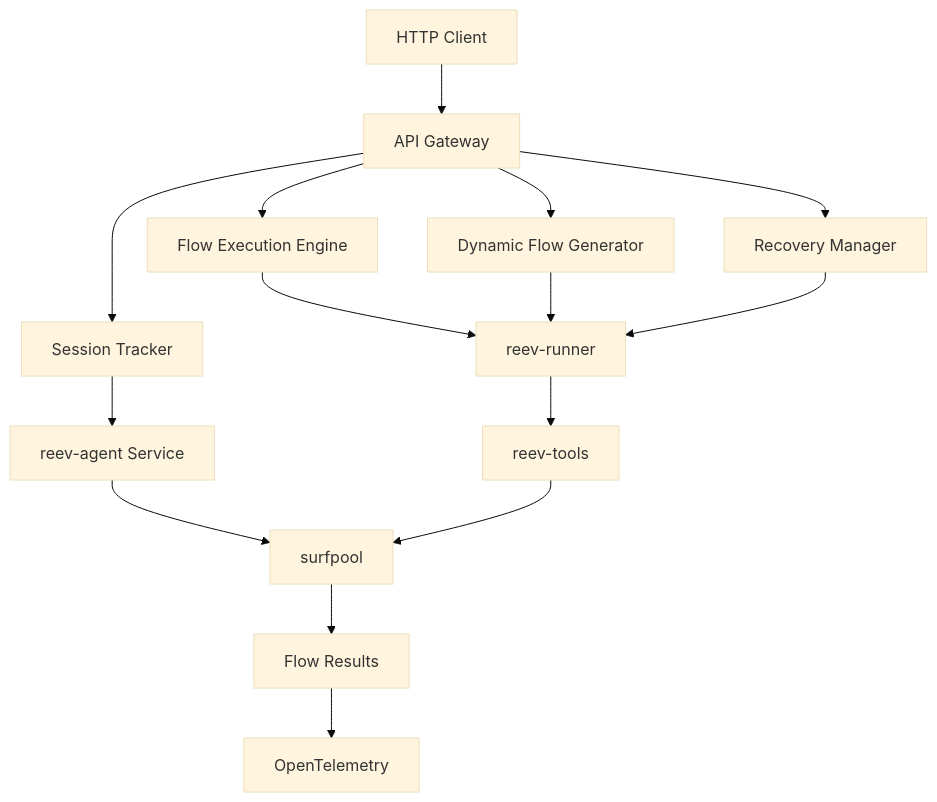
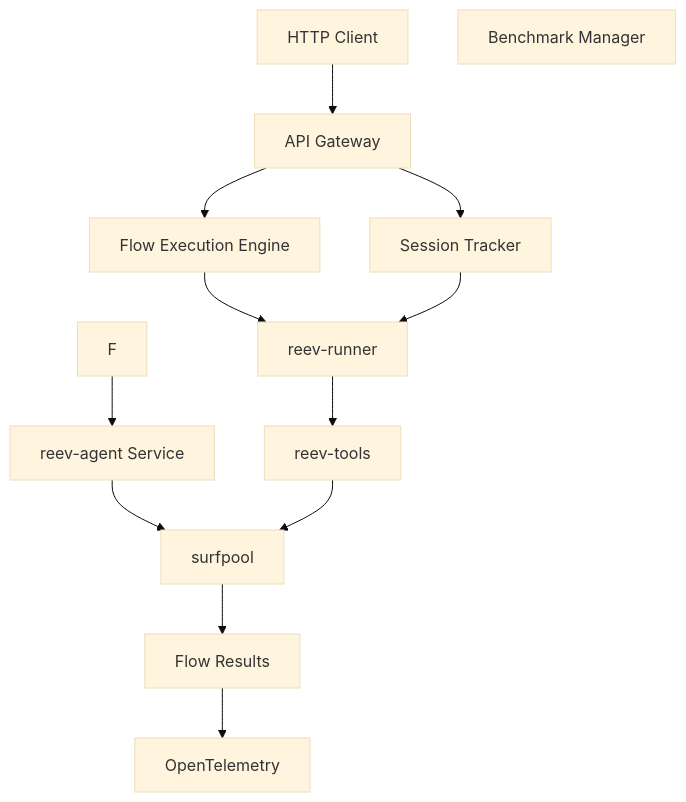
One commit to gist-rs/reev changed the diagram in crates/reev-api/README.md. Above: the diagram before and after it, drawn with Mermaid (base theme). The commit also changed other lines of this file and 3 other files, not shown here.

````diff
--- a/crates/reev-api/README.md
+++ b/crates/reev-api/README.md
@@ -7,17 +7,15 @@
 ```mermaid
 graph TD
     A[HTTP Client] --> B[API Gateway]
     B --> C[Flow Execution Engine]
-    B --> D[Dynamic Flow Generator]
-    B --> E[Recovery Manager]
-    B --> F[Session Tracker]
+    D[Benchmark Manager]
+    B --> E[Session Tracker]
     C --> G[reev-runner]
-    D --> G
     E --> G
     F --> H[reev-agent Service]
     G --> I[reev-tools]
     H --> J[surfpool]
     I --> J
     J --> K[Flow Results]
     K --> L[OpenTelemetry]
 ```
````
